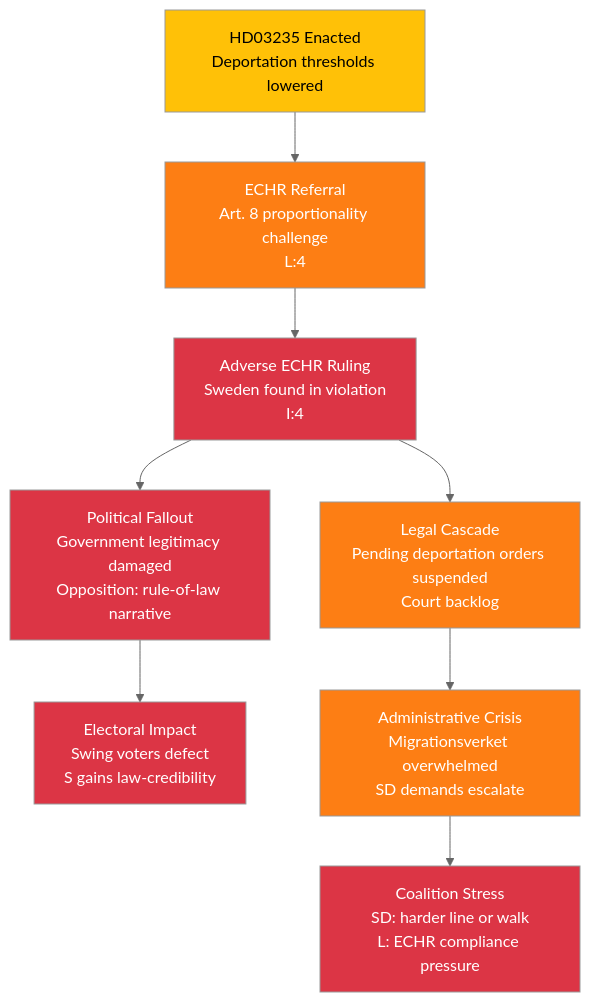
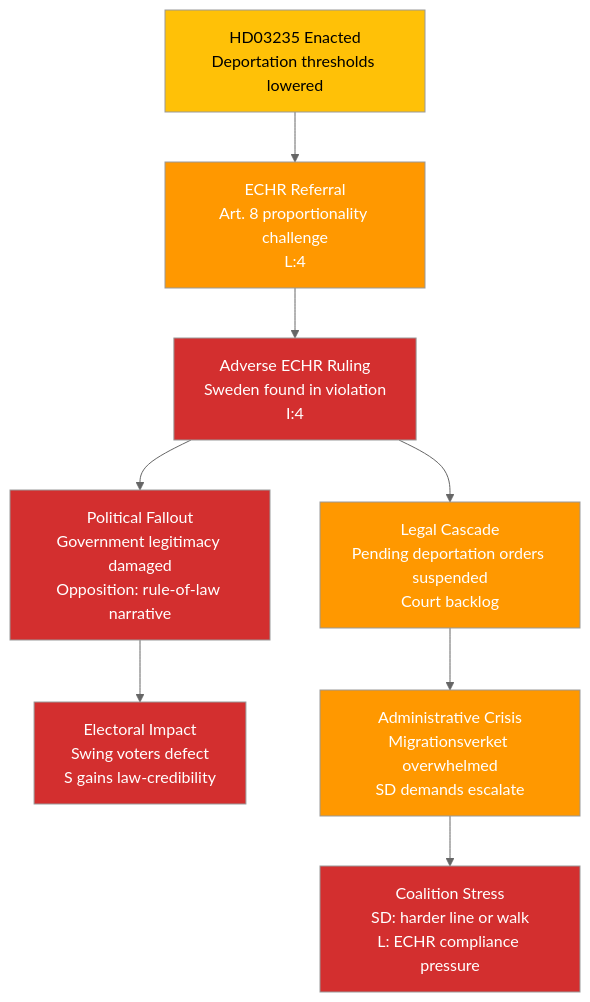
The second of 3 diagrams in analysis/daily/2026-04-11/evening-analysis/risk-assessment.md (Hack23/riksdagsmonitor), drawn with Mermaid (neutral theme) before and after one commit. The commit also changed other lines of this file and 785 other files, not shown here.

First line of the commit message:
Normalize mermaid colors across 786 analysis artifacts to ISMS Style Guide palette

````diff
--- a/analysis/daily/2026-04-11/evening-analysis/risk-assessment.md
+++ b/analysis/daily/2026-04-11/evening-analysis/risk-assessment.md
@@ -69,20 +69,20 @@
 ```mermaid
 graph TD
     TRIGGER["HD03235 Enacted<br/>Deportation thresholds lowered"]
     TRIGGER --> ECHR["ECHR Referral<br/>Art. 8 proportionality challenge<br/>L:4"]
     ECHR --> RULING["Adverse ECHR Ruling<br/>Sweden found in violation<br/>I:4"]
     RULING --> POL["Political Fallout<br/>Government legitimacy damaged<br/>Opposition: rule-of-law narrative"]
     RULING --> LEGAL["Legal Cascade<br/>Pending deportation orders suspended<br/>Court backlog"]
     POL --> ELEC["Electoral Impact<br/>Swing voters defect<br/>S gains law-credibility"]
     LEGAL --> ADMIN["Administrative Crisis<br/>Migrationsverket overwhelmed<br/>SD demands escalate"]
     ADMIN --> COAL["Coalition Stress<br/>SD: harder line or walk<br/>L: ECHR compliance pressure"]
 
-    style TRIGGER fill:#ffc107,color:#000
-    style ECHR fill:#fd7e14,color:#fff
-    style RULING fill:#dc3545,color:#fff
-    style POL fill:#dc3545,color:#fff
-    style LEGAL fill:#fd7e14,color:#fff
-    style ELEC fill:#dc3545,color:#fff
-    style ADMIN fill:#fd7e14,color:#fff
-    style COAL fill:#dc3545,color:#fff
+    style TRIGGER fill:#FFC107,color:#000000
+    style ECHR fill:#FF9800,color:#FFFFFF
+    style RULING fill:#D32F2F,color:#FFFFFF
+    style POL fill:#D32F2F,color:#FFFFFF
+    style LEGAL fill:#FF9800,color:#FFFFFF
+    style ELEC fill:#D32F2F,color:#FFFFFF
+    style ADMIN fill:#FF9800,color:#FFFFFF
+    style COAL fill:#D32F2F,color:#FFFFFF
 ```
````
